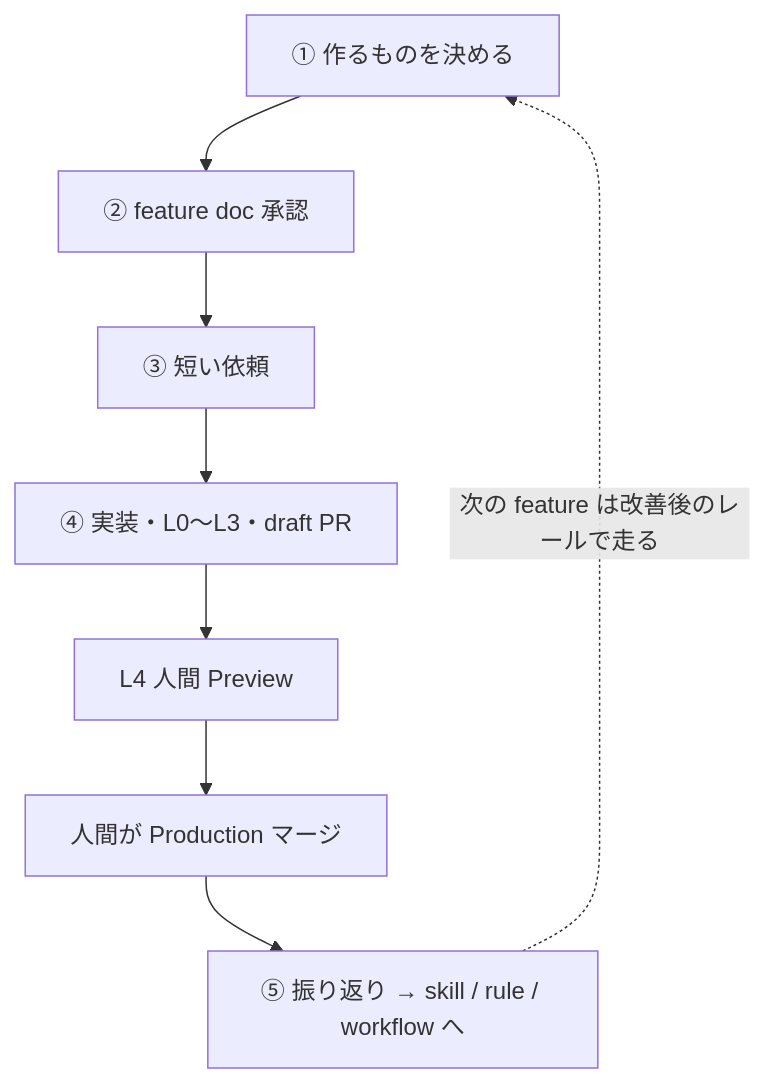
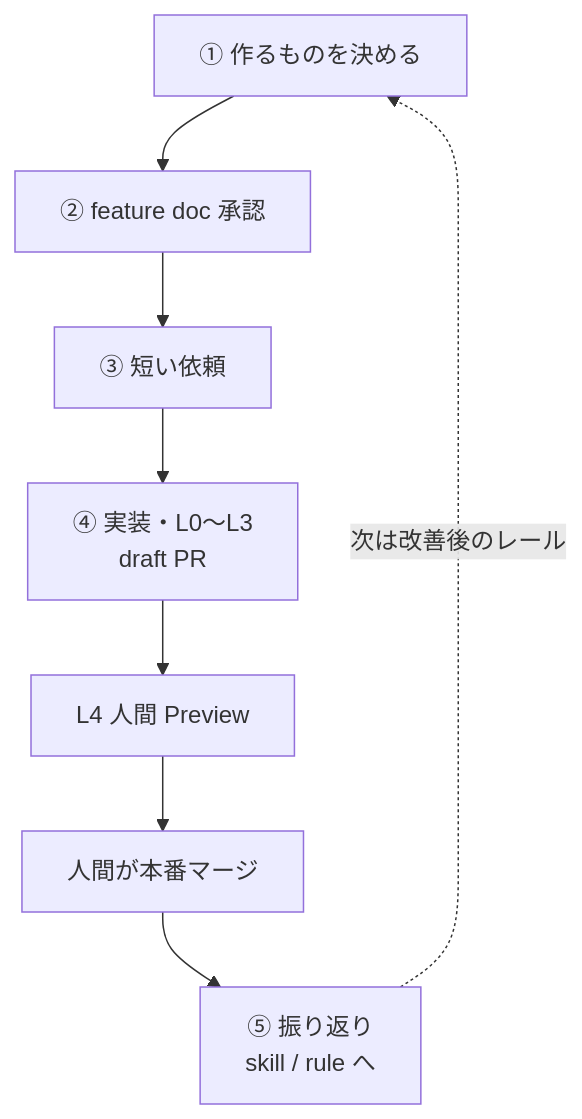
Before and after one commit to ike-gagagami97/my-recipe: the third of 3 diagrams in docs/development/ai-dev-process-for-qa.md, drawn with Mermaid. The commit also changed other lines of this file and 2 other files, not shown here.

First line of the commit message:
docs: mermaid ラベルの GitHub 上での欠落を修正し、ルール化

````diff
--- a/docs/development/ai-dev-process-for-qa.md
+++ b/docs/development/ai-dev-process-for-qa.md
@@ -410,10 +410,10 @@
 ```mermaid
 flowchart TD
-  S1[① 作るものを決める] --> S2[② feature doc 承認]
-  S2 --> S3[③ 短い依頼]
-  S3 --> S4[④ 実装・L0〜L3・draft PR]
-  S4 --> L4[L4 人間 Preview]
-  L4 --> Merge[人間が Production マージ]
-  Merge --> S5[⑤ 振り返り → skill / rule / workflow へ]
-  S5 -.->|次の feature は改善後のレールで走る| S1
+  S1["① 作るものを決める"] --> S2["② feature doc 承認"]
+  S2 --> S3["③ 短い依頼"]
+  S3 --> S4["④ 実装・L0〜L3<br/>draft PR"]
+  S4 --> L4["L4 人間 Preview"]
+  L4 --> Merge["人間が本番マージ"]
+  Merge --> S5["⑤ 振り返り<br/>skill / rule へ"]
+  S5 -.->|次は改善後のレール| S1
 ```
````
